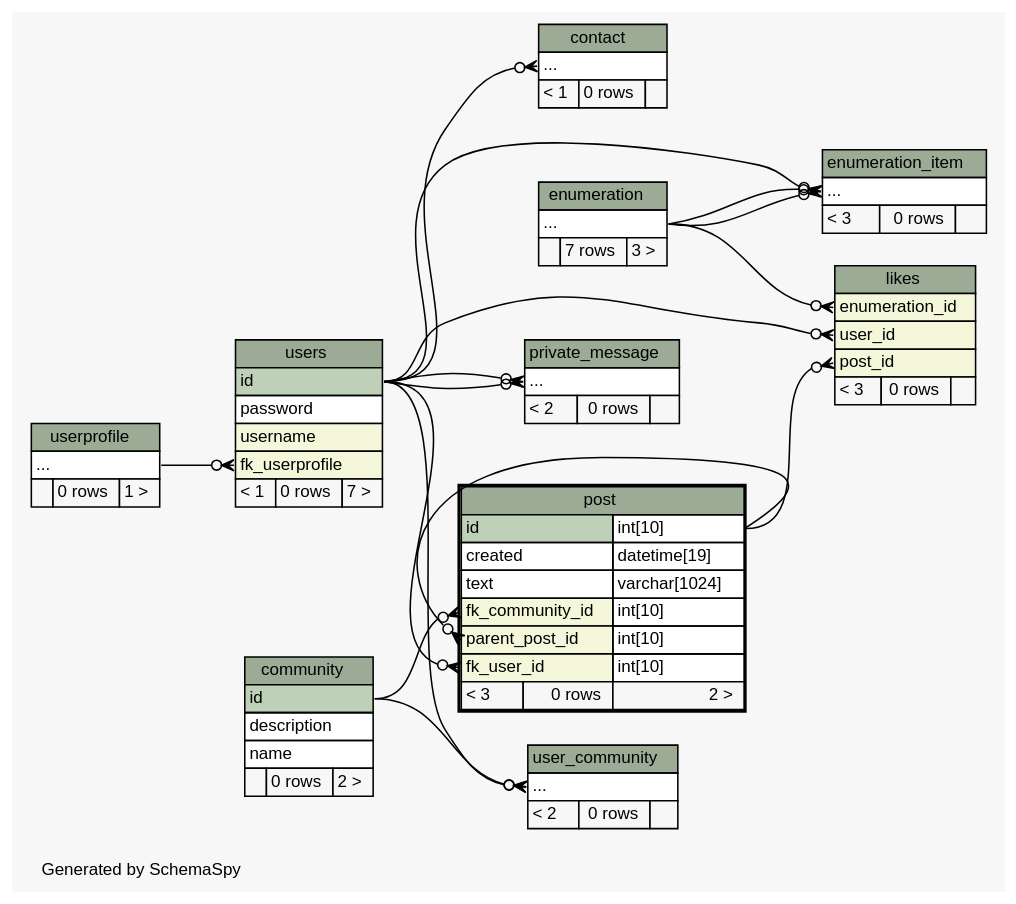
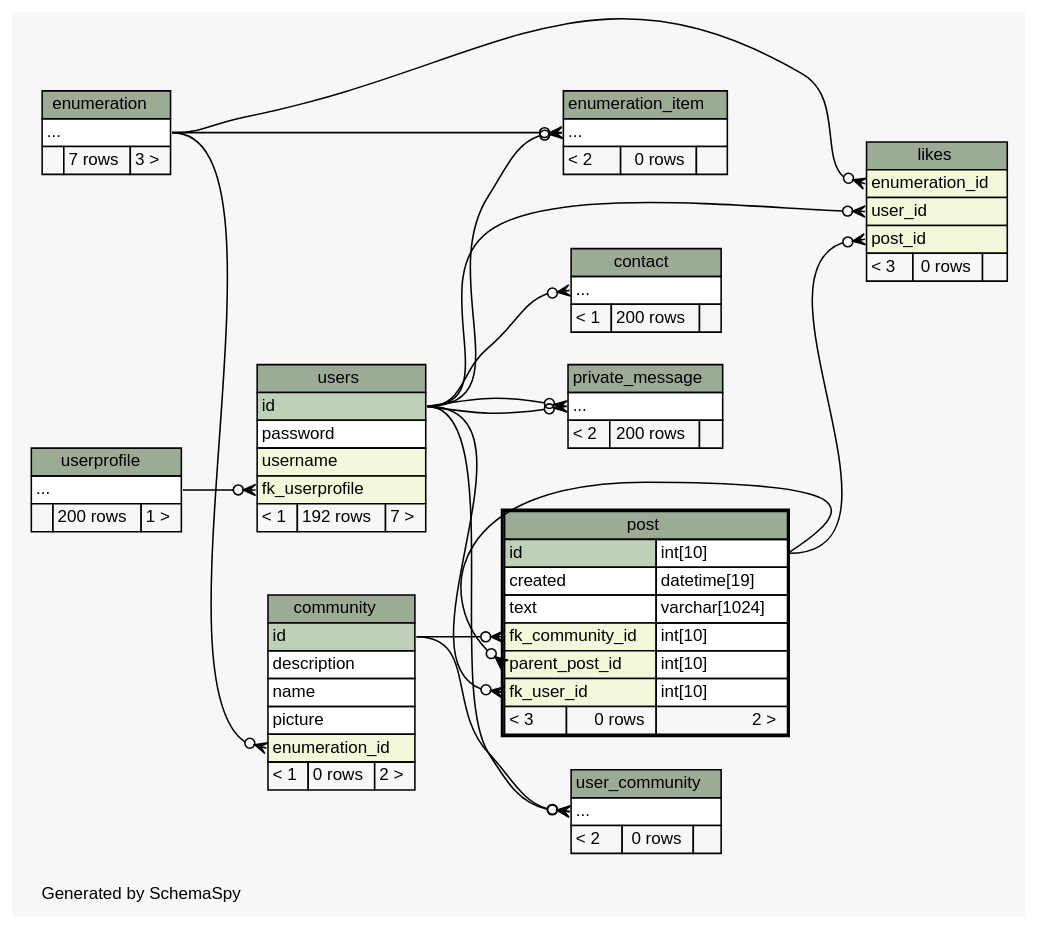
One commit to chr-krenn/chr-krenn-fhj-ws2017-sd17-pse changed the diagram in doc/db_schema/diagrams/post.2degrees.dot. Above: the diagram before and after it, drawn with Graphviz. The commit also changed 72 other files, not shown here.

```diff
--- a/doc/db_schema/diagrams/post.2degrees.dot
+++ b/doc/db_schema/diagrams/post.2degrees.dot
@@ -1,149 +1,151 @@
 // dot 2.40.1 on Linux 4.12.5-300.fc26.x86_64
 // SchemaSpy rev 590
 digraph "twoDegreesRelationshipsDiagram" {
   graph [
     rankdir="RL"
     bgcolor="#f7f7f7"
     label="\nGenerated by SchemaSpy"
     labeljust="l"
     nodesep="0.18"
     ranksep="0.46"
     fontname="Helvetica"
     fontsize="11"
   ];
   node [
     fontname="Helvetica"
     fontsize="11"
     shape="plaintext"
   ];
   edge [
     arrowsize="0.8"
   ];
+  "community":"enumeration_id":w -> "enumeration":"elipses":e [arrowhead=none dir=back arrowtail=crowodot];
   "contact":"elipses":w -> "users":"id":e [arrowhead=none dir=back arrowtail=crowodot];
+  "enumeration_item":"elipses":w -> "enumeration":"elipses":e [arrowhead=none dir=back arrowtail=crowodot];
   "enumeration_item":"elipses":w -> "users":"id":e [arrowhead=none dir=back arrowtail=crowodot];
-  "enumeration_item":"elipses":w -> "enumeration":"elipses":e [arrowhead=none dir=back arrowtail=crowodot];
-  "enumeration_item":"elipses":w -> "enumeration":"elipses":e [arrowhead=none dir=back arrowtail=crowodot];
   "likes":"enumeration_id":w -> "enumeration":"elipses":e [arrowhead=none dir=back arrowtail=crowodot];
   "likes":"post_id":w -> "post":"id.type":e [arrowhead=none dir=back arrowtail=crowodot];
   "likes":"user_id":w -> "users":"id":e [arrowhead=none dir=back arrowtail=crowodot];
   "post":"fk_community_id":w -> "community":"id":e [arrowhead=none dir=back arrowtail=crowodot];
   "post":"fk_user_id":w -> "users":"id":e [arrowhead=none dir=back arrowtail=crowodot];
   "post":"parent_post_id":w -> "post":"id.type":e [arrowhead=none dir=back arrowtail=crowodot];
   "private_message":"elipses":w -> "users":"id":e [arrowhead=none dir=back arrowtail=crowodot];
   "private_message":"elipses":w -> "users":"id":e [arrowhead=none dir=back arrowtail=crowodot];
+  "user_community":"elipses":w -> "community":"id":e [arrowhead=none dir=back arrowtail=crowodot];
   "user_community":"elipses":w -> "users":"id":e [arrowhead=none dir=back arrowtail=crowodot];
-  "user_community":"elipses":w -> "community":"id":e [arrowhead=none dir=back arrowtail=crowodot];
   "users":"fk_userprofile":w -> "userprofile":"elipses":e [arrowhead=none dir=back arrowtail=crowodot];
   "community" [
     label=<
     <TABLE BORDER="0" CELLBORDER="1" CELLSPACING="0" BGCOLOR="#ffffff">
       <TR><TD COLSPAN="3" BGCOLOR="#9bab96" ALIGN="CENTER">community</TD></TR>
       <TR><TD PORT="id" COLSPAN="3" BGCOLOR="#bed1b8" ALIGN="LEFT">id</TD></TR>
       <TR><TD PORT="description" COLSPAN="3" ALIGN="LEFT">description</TD></TR>
       <TR><TD PORT="name" COLSPAN="3" ALIGN="LEFT">name</TD></TR>
-      <TR><TD ALIGN="LEFT" BGCOLOR="#f7f7f7">  </TD><TD ALIGN="RIGHT" BGCOLOR="#f7f7f7">0 rows</TD><TD ALIGN="RIGHT" BGCOLOR="#f7f7f7">2 &gt;</TD></TR>
+      <TR><TD PORT="picture" COLSPAN="3" ALIGN="LEFT">picture</TD></TR>
+      <TR><TD PORT="enumeration_id" COLSPAN="3" BGCOLOR="#f4f7da" ALIGN="LEFT">enumeration_id</TD></TR>
+      <TR><TD ALIGN="LEFT" BGCOLOR="#f7f7f7">&lt; 1</TD><TD ALIGN="RIGHT" BGCOLOR="#f7f7f7">0 rows</TD><TD ALIGN="RIGHT" BGCOLOR="#f7f7f7">2 &gt;</TD></TR>
     </TABLE>>
     URL="community.html"
     tooltip="community"
   ];
   "contact" [
     label=<
     <TABLE BORDER="0" CELLBORDER="1" CELLSPACING="0" BGCOLOR="#ffffff">
       <TR><TD COLSPAN="3" BGCOLOR="#9bab96" ALIGN="CENTER">contact</TD></TR>
       <TR><TD PORT="elipses" COLSPAN="3" ALIGN="LEFT">...</TD></TR>
-      <TR><TD ALIGN="LEFT" BGCOLOR="#f7f7f7">&lt; 1</TD><TD ALIGN="RIGHT" BGCOLOR="#f7f7f7">0 rows</TD><TD ALIGN="RIGHT" BGCOLOR="#f7f7f7">  </TD></TR>
+      <TR><TD ALIGN="LEFT" BGCOLOR="#f7f7f7">&lt; 1</TD><TD ALIGN="RIGHT" BGCOLOR="#f7f7f7">200 rows</TD><TD ALIGN="RIGHT" BGCOLOR="#f7f7f7">  </TD></TR>
     </TABLE>>
     URL="contact.html"
     tooltip="contact"
   ];
   "enumeration" [
     label=<
     <TABLE BORDER="0" CELLBORDER="1" CELLSPACING="0" BGCOLOR="#ffffff">
       <TR><TD COLSPAN="3" BGCOLOR="#9bab96" ALIGN="CENTER">enumeration</TD></TR>
       <TR><TD PORT="elipses" COLSPAN="3" ALIGN="LEFT">...</TD></TR>
       <TR><TD ALIGN="LEFT" BGCOLOR="#f7f7f7">  </TD><TD ALIGN="RIGHT" BGCOLOR="#f7f7f7">7 rows</TD><TD ALIGN="RIGHT" BGCOLOR="#f7f7f7">3 &gt;</TD></TR>
     </TABLE>>
     URL="enumeration.html"
     tooltip="enumeration"
   ];
   "enumeration_item" [
     label=<
     <TABLE BORDER="0" CELLBORDER="1" CELLSPACING="0" BGCOLOR="#ffffff">
       <TR><TD COLSPAN="3" BGCOLOR="#9bab96" ALIGN="CENTER">enumeration_item</TD></TR>
       <TR><TD PORT="elipses" COLSPAN="3" ALIGN="LEFT">...</TD></TR>
-      <TR><TD ALIGN="LEFT" BGCOLOR="#f7f7f7">&lt; 3</TD><TD ALIGN="RIGHT" BGCOLOR="#f7f7f7">0 rows</TD><TD ALIGN="RIGHT" BGCOLOR="#f7f7f7">  </TD></TR>
+      <TR><TD ALIGN="LEFT" BGCOLOR="#f7f7f7">&lt; 2</TD><TD ALIGN="RIGHT" BGCOLOR="#f7f7f7">0 rows</TD><TD ALIGN="RIGHT" BGCOLOR="#f7f7f7">  </TD></TR>
     </TABLE>>
     URL="enumeration_item.html"
     tooltip="enumeration_item"
   ];
   "likes" [
     label=<
     <TABLE BORDER="0" CELLBORDER="1" CELLSPACING="0" BGCOLOR="#ffffff">
       <TR><TD COLSPAN="3" BGCOLOR="#9bab96" ALIGN="CENTER">likes</TD></TR>
       <TR><TD PORT="enumeration_id" COLSPAN="3" BGCOLOR="#f4f7da" ALIGN="LEFT">enumeration_id</TD></TR>
       <TR><TD PORT="user_id" COLSPAN="3" BGCOLOR="#f4f7da" ALIGN="LEFT">user_id</TD></TR>
       <TR><TD PORT="post_id" COLSPAN="3" BGCOLOR="#f4f7da" ALIGN="LEFT">post_id</TD></TR>
       <TR><TD ALIGN="LEFT" BGCOLOR="#f7f7f7">&lt; 3</TD><TD ALIGN="RIGHT" BGCOLOR="#f7f7f7">0 rows</TD><TD ALIGN="RIGHT" BGCOLOR="#f7f7f7">  </TD></TR>
     </TABLE>>
     URL="likes.html"
     tooltip="likes"
   ];
   "post" [
     label=<
     <TABLE BORDER="2" CELLBORDER="1" CELLSPACING="0" BGCOLOR="#ffffff">
       <TR><TD COLSPAN="3" BGCOLOR="#9bab96" ALIGN="CENTER">post</TD></TR>
       <TR><TD PORT="id" COLSPAN="2" BGCOLOR="#bed1b8" ALIGN="LEFT">id</TD><TD PORT="id.type" ALIGN="LEFT">int[10]</TD></TR>
       <TR><TD PORT="created" COLSPAN="2" ALIGN="LEFT">created</TD><TD PORT="created.type" ALIGN="LEFT">datetime[19]</TD></TR>
       <TR><TD PORT="text" COLSPAN="2" ALIGN="LEFT">text</TD><TD PORT="text.type" ALIGN="LEFT">varchar[1024]</TD></TR>
       <TR><TD PORT="fk_community_id" COLSPAN="2" BGCOLOR="#f4f7da" ALIGN="LEFT">fk_community_id</TD><TD PORT="fk_community_id.type" ALIGN="LEFT">int[10]</TD></TR>
       <TR><TD PORT="parent_post_id" COLSPAN="2" BGCOLOR="#f4f7da" ALIGN="LEFT">parent_post_id</TD><TD PORT="parent_post_id.type" ALIGN="LEFT">int[10]</TD></TR>
       <TR><TD PORT="fk_user_id" COLSPAN="2" BGCOLOR="#f4f7da" ALIGN="LEFT">fk_user_id</TD><TD PORT="fk_user_id.type" ALIGN="LEFT">int[10]</TD></TR>
       <TR><TD ALIGN="LEFT" BGCOLOR="#f7f7f7">&lt; 3</TD><TD ALIGN="RIGHT" BGCOLOR="#f7f7f7">0 rows</TD><TD ALIGN="RIGHT" BGCOLOR="#f7f7f7">2 &gt;</TD></TR>
     </TABLE>>
     URL="post.html"
     tooltip="post"
   ];
   "private_message" [
     label=<
     <TABLE BORDER="0" CELLBORDER="1" CELLSPACING="0" BGCOLOR="#ffffff">
       <TR><TD COLSPAN="3" BGCOLOR="#9bab96" ALIGN="CENTER">private_message</TD></TR>
       <TR><TD PORT="elipses" COLSPAN="3" ALIGN="LEFT">...</TD></TR>
-      <TR><TD ALIGN="LEFT" BGCOLOR="#f7f7f7">&lt; 2</TD><TD ALIGN="RIGHT" BGCOLOR="#f7f7f7">0 rows</TD><TD ALIGN="RIGHT" BGCOLOR="#f7f7f7">  </TD></TR>
+      <TR><TD ALIGN="LEFT" BGCOLOR="#f7f7f7">&lt; 2</TD><TD ALIGN="RIGHT" BGCOLOR="#f7f7f7">200 rows</TD><TD ALIGN="RIGHT" BGCOLOR="#f7f7f7">  </TD></TR>
     </TABLE>>
     URL="private_message.html"
     tooltip="private_message"
   ];
   "user_community" [
     label=<
     <TABLE BORDER="0" CELLBORDER="1" CELLSPACING="0" BGCOLOR="#ffffff">
       <TR><TD COLSPAN="3" BGCOLOR="#9bab96" ALIGN="CENTER">user_community</TD></TR>
       <TR><TD PORT="elipses" COLSPAN="3" ALIGN="LEFT">...</TD></TR>
       <TR><TD ALIGN="LEFT" BGCOLOR="#f7f7f7">&lt; 2</TD><TD ALIGN="RIGHT" BGCOLOR="#f7f7f7">0 rows</TD><TD ALIGN="RIGHT" BGCOLOR="#f7f7f7">  </TD></TR>
     </TABLE>>
     URL="user_community.html"
     tooltip="user_community"
   ];
   "userprofile" [
     label=<
     <TABLE BORDER="0" CELLBORDER="1" CELLSPACING="0" BGCOLOR="#ffffff">
       <TR><TD COLSPAN="3" BGCOLOR="#9bab96" ALIGN="CENTER">userprofile</TD></TR>
       <TR><TD PORT="elipses" COLSPAN="3" ALIGN="LEFT">...</TD></TR>
-      <TR><TD ALIGN="LEFT" BGCOLOR="#f7f7f7">  </TD><TD ALIGN="RIGHT" BGCOLOR="#f7f7f7">0 rows</TD><TD ALIGN="RIGHT" BGCOLOR="#f7f7f7">1 &gt;</TD></TR>
+      <TR><TD ALIGN="LEFT" BGCOLOR="#f7f7f7">  </TD><TD ALIGN="RIGHT" BGCOLOR="#f7f7f7">200 rows</TD><TD ALIGN="RIGHT" BGCOLOR="#f7f7f7">1 &gt;</TD></TR>
     </TABLE>>
     URL="userprofile.html"
     tooltip="userprofile"
   ];
   "users" [
     label=<
     <TABLE BORDER="0" CELLBORDER="1" CELLSPACING="0" BGCOLOR="#ffffff">
       <TR><TD COLSPAN="3" BGCOLOR="#9bab96" ALIGN="CENTER">users</TD></TR>
       <TR><TD PORT="id" COLSPAN="3" BGCOLOR="#bed1b8" ALIGN="LEFT">id</TD></TR>
       <TR><TD PORT="password" COLSPAN="3" ALIGN="LEFT">password</TD></TR>
       <TR><TD PORT="username" COLSPAN="3" BGCOLOR="#f4f7da" ALIGN="LEFT">username</TD></TR>
       <TR><TD PORT="fk_userprofile" COLSPAN="3" BGCOLOR="#f4f7da" ALIGN="LEFT">fk_userprofile</TD></TR>
-      <TR><TD ALIGN="LEFT" BGCOLOR="#f7f7f7">&lt; 1</TD><TD ALIGN="RIGHT" BGCOLOR="#f7f7f7">0 rows</TD><TD ALIGN="RIGHT" BGCOLOR="#f7f7f7">7 &gt;</TD></TR>
+      <TR><TD ALIGN="LEFT" BGCOLOR="#f7f7f7">&lt; 1</TD><TD ALIGN="RIGHT" BGCOLOR="#f7f7f7">192 rows</TD><TD ALIGN="RIGHT" BGCOLOR="#f7f7f7">7 &gt;</TD></TR>
     </TABLE>>
     URL="users.html"
     tooltip="users"
   ];
 }
```
